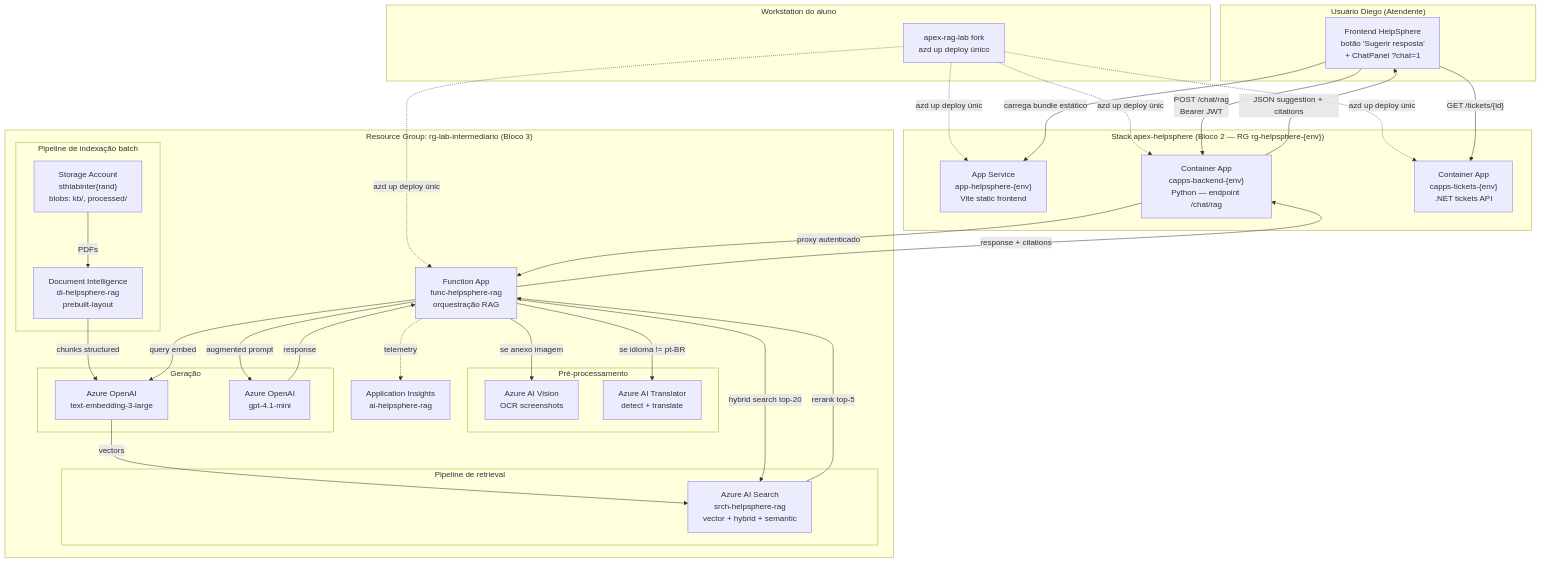
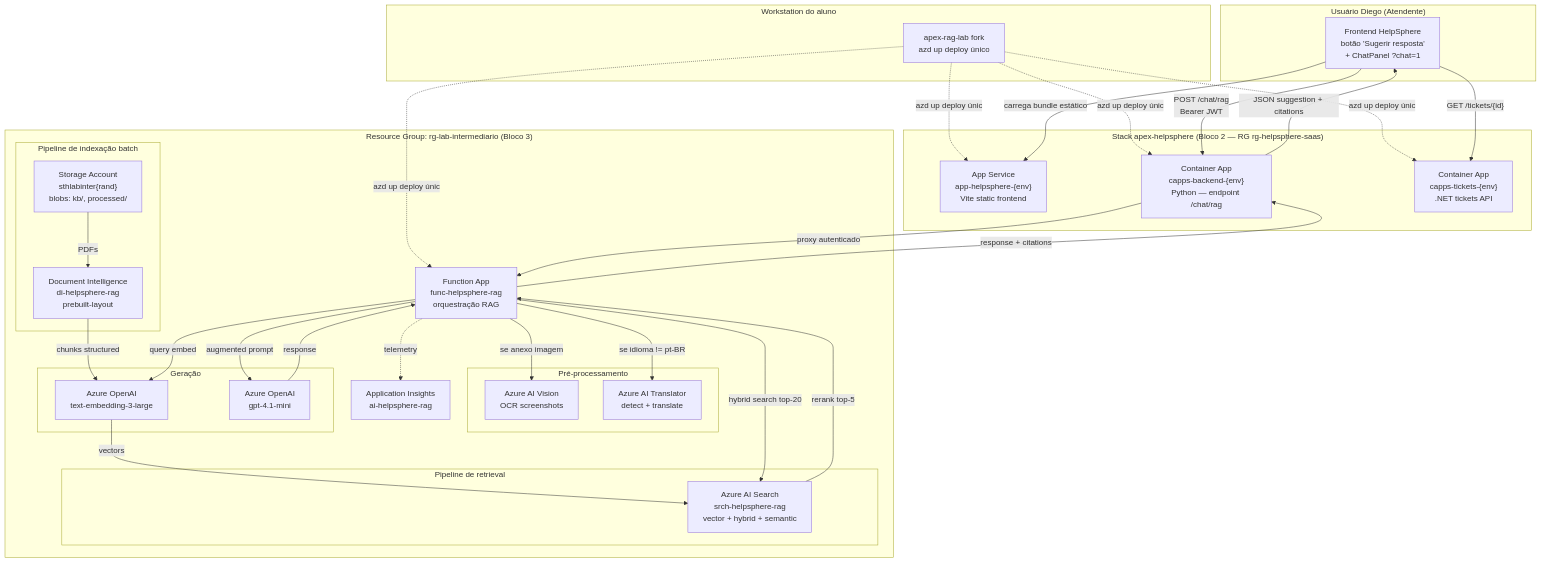
Before and after one commit to tftec-guilherme/apex-rag-lab: the diagram in docs/00-guia-completo.md, drawn with Mermaid. The commit also changed other lines of this file and 7 other files, not shown here.

````diff
--- a/docs/00-guia-completo.md
+++ b/docs/00-guia-completo.md
@@ -132,68 +132,68 @@
 ```mermaid
 flowchart TB
     subgraph User["Usuário Diego (Atendente)"]
         BROWSER[Frontend HelpSphere<br/>botão 'Sugerir resposta'<br/>+ ChatPanel ?chat=1]
     end
 
     subgraph DEV["Workstation do aluno"]
         REPO[apex-rag-lab fork<br/>azd up deploy único]
     end
 
     subgraph RG["Resource Group: rg-lab-intermediario (Bloco 3)"]
         FUNC[Function App<br/>func-helpsphere-rag<br/>orquestração RAG]
 
         subgraph Inputs["Pré-processamento"]
             VISION[Azure AI Vision<br/>OCR screenshots]
             TRANS[Azure AI Translator<br/>detect + translate]
         end
 
         subgraph Indexing["Pipeline de indexação batch"]
             STORAGE["Storage Account<br/>sthlabinter{rand}<br/>blobs: kb/, processed/"]
             DI[Document Intelligence<br/>di-helpsphere-rag<br/>prebuilt-layout]
         end
 
         subgraph Retrieval["Pipeline de retrieval"]
             SEARCH[Azure AI Search<br/>srch-helpsphere-rag<br/>vector + hybrid + semantic]
         end
 
         subgraph LLM["Geração"]
             EMBED[Azure OpenAI<br/>text-embedding-3-large]
             CHAT[Azure OpenAI<br/>gpt-4.1-mini]
         end
 
         AI_INSIGHTS[Application Insights<br/>ai-helpsphere-rag]
     end
 
-    subgraph Helpsphere["Stack apex-helpsphere (Bloco 2 — RG rg-helpsphere-{env})"]
+    subgraph Helpsphere["Stack apex-helpsphere (Bloco 2 — RG rg-helpsphere-saas)"]
         APP_FRONT["App Service<br/>app-helpsphere-{env}<br/>Vite static frontend"]
         CAPP_BACK["Container App<br/>capps-backend-{env}<br/>Python — endpoint /chat/rag"]
         CAPP_TICK["Container App<br/>capps-tickets-{env}<br/>.NET tickets API"]
     end
 
     REPO -.azd up deploy único.-> FUNC
     REPO -.azd up deploy único.-> APP_FRONT
     REPO -.azd up deploy único.-> CAPP_BACK
     REPO -.azd up deploy único.-> CAPP_TICK
 
     BROWSER -->|carrega bundle estático| APP_FRONT
     BROWSER -->|POST /chat/rag<br/>Bearer JWT| CAPP_BACK
     BROWSER -->|"GET /tickets/{id}"| CAPP_TICK
     CAPP_BACK -->|proxy autenticado| FUNC
 
     FUNC -->|se anexo imagem| VISION
     FUNC -->|se idioma != pt-BR| TRANS
 
     STORAGE -->|PDFs| DI
     DI -->|chunks structured| EMBED
     EMBED -->|vectors| SEARCH
 
     FUNC -->|query embed| EMBED
     FUNC -->|hybrid search top-20| SEARCH
     SEARCH -->|rerank top-5| FUNC
     FUNC -->|augmented prompt| CHAT
     CHAT -->|response| FUNC
     FUNC -->|response + citations| CAPP_BACK
     CAPP_BACK -->|JSON suggestion + citations| BROWSER
 
     FUNC -.telemetry.-> AI_INSIGHTS
 ```
````
